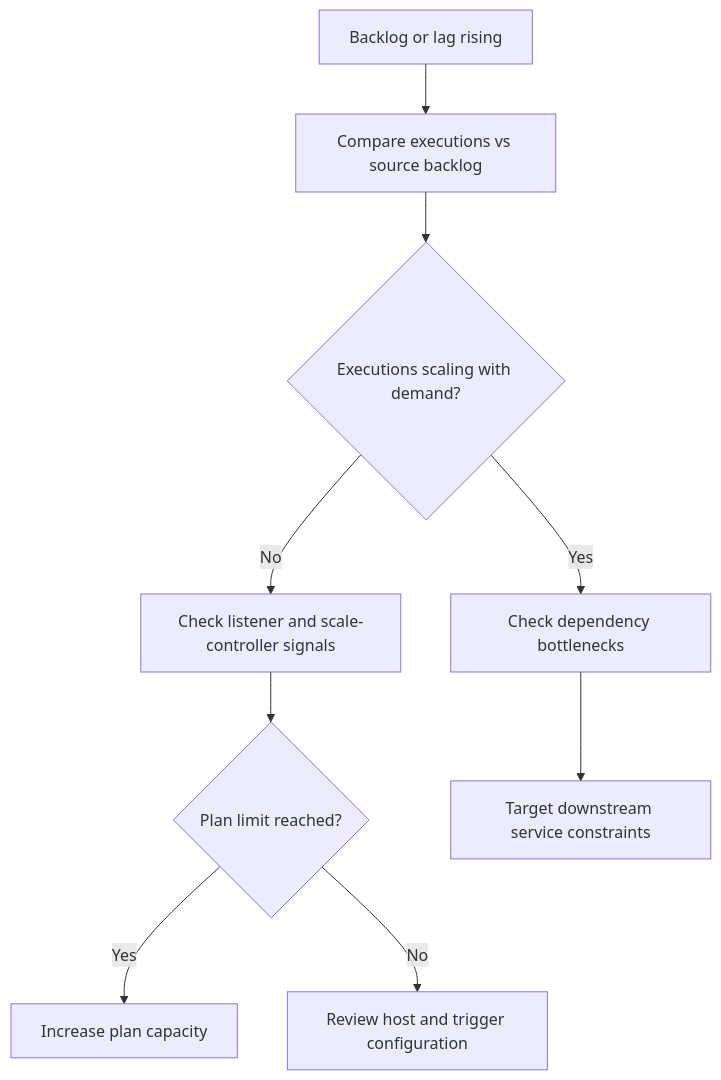
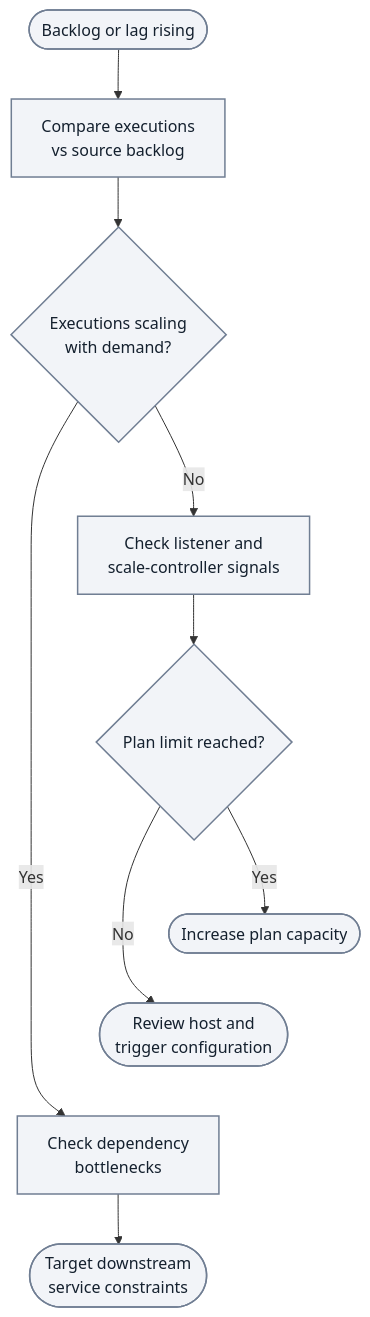
The diagram in docs/troubleshooting/first-10-minutes/scaling-issues.md (yeongseon/azure-functions-practical-guide), drawn with Mermaid before and after one commit. The commit also changed other lines of this file and 4 other files, not shown here.

First line of the commit message:
docs(diagrams): migrate Functions troubleshooting overview — index and scaling issues and related diagnostics (#448)

````diff
--- a/docs/troubleshooting/first-10-minutes/scaling-issues.md
+++ b/docs/troubleshooting/first-10-minutes/scaling-issues.md
@@ -74,11 +74,18 @@
 ```mermaid
 flowchart TD
-    A[Backlog or lag rising] --> B[Compare executions vs source backlog]
-    B --> C{Executions scaling with demand?}
-    C -->|No| D[Check listener and scale-controller signals]
-    C -->|Yes| E[Check dependency bottlenecks]
-    D --> F{Plan limit reached?}
-    F -->|Yes| G[Increase plan capacity]
-    F -->|No| H[Review host and trigger configuration]
-    E --> I[Target downstream service constraints]
+    accTitle: Scaling issues first-response decisions
+    accDescr: Illustrative triage for rising backlog or lag. Compare executions with source backlog. If executions do not scale with demand, check listener and scale-controller signals, then plan limits: Yes leads to capacity, No to host and trigger configuration. If executions scale with demand, check dependency bottlenecks and downstream constraints. Routes suggest investigations, not confirmed causes.
+    A(["Backlog or lag rising"]) --> B["Compare executions<br/>vs source backlog"]
+    B --> C{"Executions scaling<br/>with demand?"}
+    C -->|No| D["Check listener and<br/>scale-controller signals"]
+    D --> F{"Plan limit reached?"}
+    F -->|Yes| G(["Increase plan capacity"])
+    F -->|No| H(["Review host and<br/>trigger configuration"])
+    C -->|Yes| E["Check dependency<br/>bottlenecks"]
+    E --> I(["Target downstream<br/>service constraints"])
+    %% Layout-only links tier the branches; they add no diagnostic steps or arrows.
+    G ~~~ H
+    H ~~~ E
+    classDef neutral fill:#f2f4f8,stroke:#707e93,stroke-width:1.5px,color:#14202e;
+    class A,B,C,D,E,F,G,H,I neutral;
 ```
````
